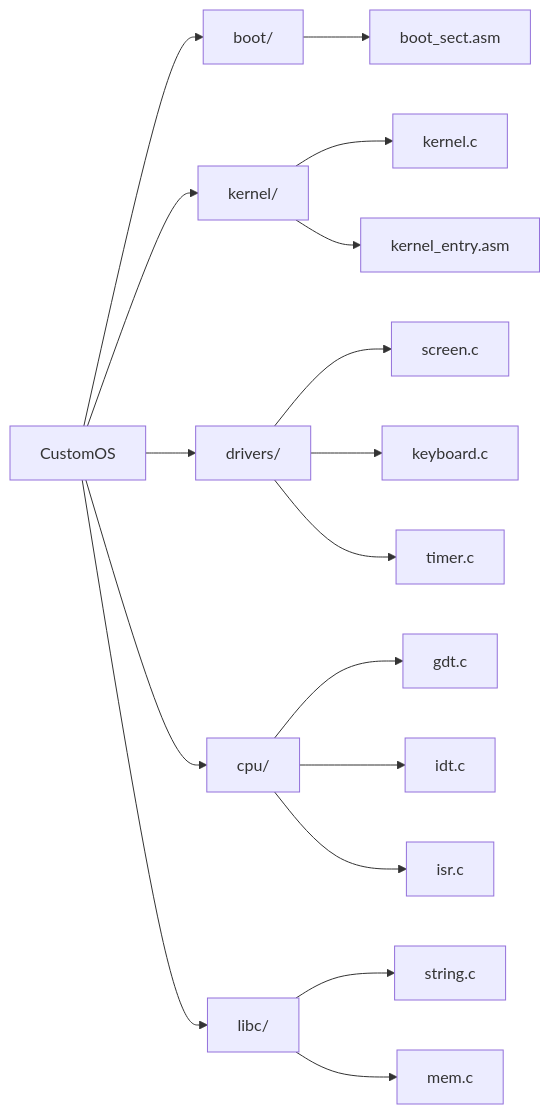
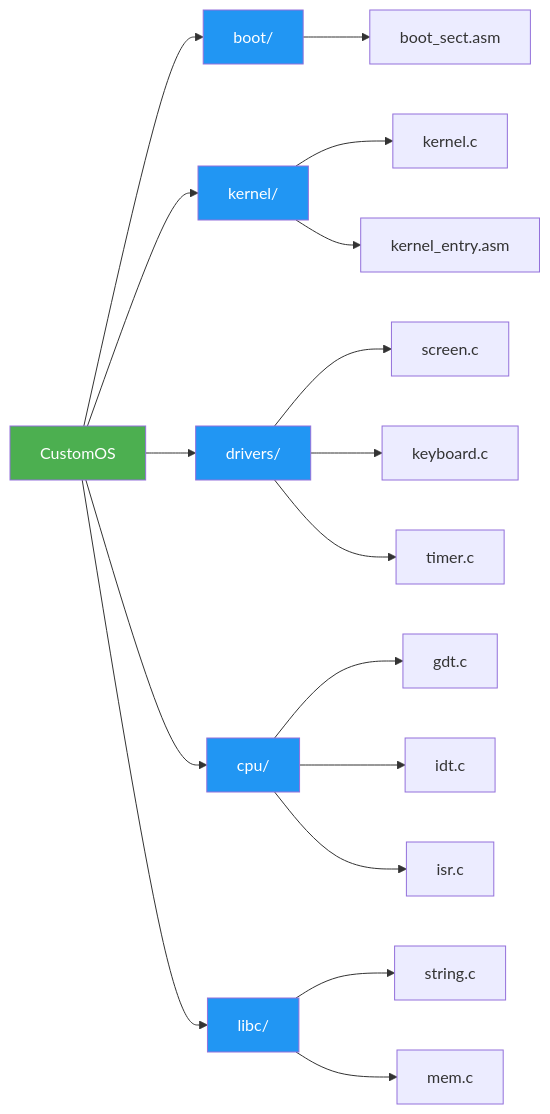
One commit to rafael12g/rafOS changed the diagram in README.md. Above: the diagram before and after it, drawn with Mermaid.

````diff
--- a/README.md
+++ b/README.md
@@ -45,20 +45,27 @@
 ```mermaid
 graph LR
     A[CustomOS] --> B[boot/]
     A --> C[kernel/]
     A --> D[drivers/]
     A --> E[cpu/]
     A --> F[libc/]
     
     B --> B1[boot_sect.asm]
     C --> C1[kernel.c]
     C --> C2[kernel_entry.asm]
     D --> D1[screen.c]
     D --> D2[keyboard.c]
     D --> D3[timer.c]
     E --> E1[gdt.c]
     E --> E2[idt.c]
     E --> E3[isr.c]
     F --> F1[string.c]
     F --> F2[mem.c]
+
+    style A fill:#4CAF50,color:#fff
+    style B fill:#2196F3,color:#fff
+    style C fill:#2196F3,color:#fff
+    style D fill:#2196F3,color:#fff
+    style E fill:#2196F3,color:#fff
+    style F fill:#2196F3,color:#fff
 ```
````
